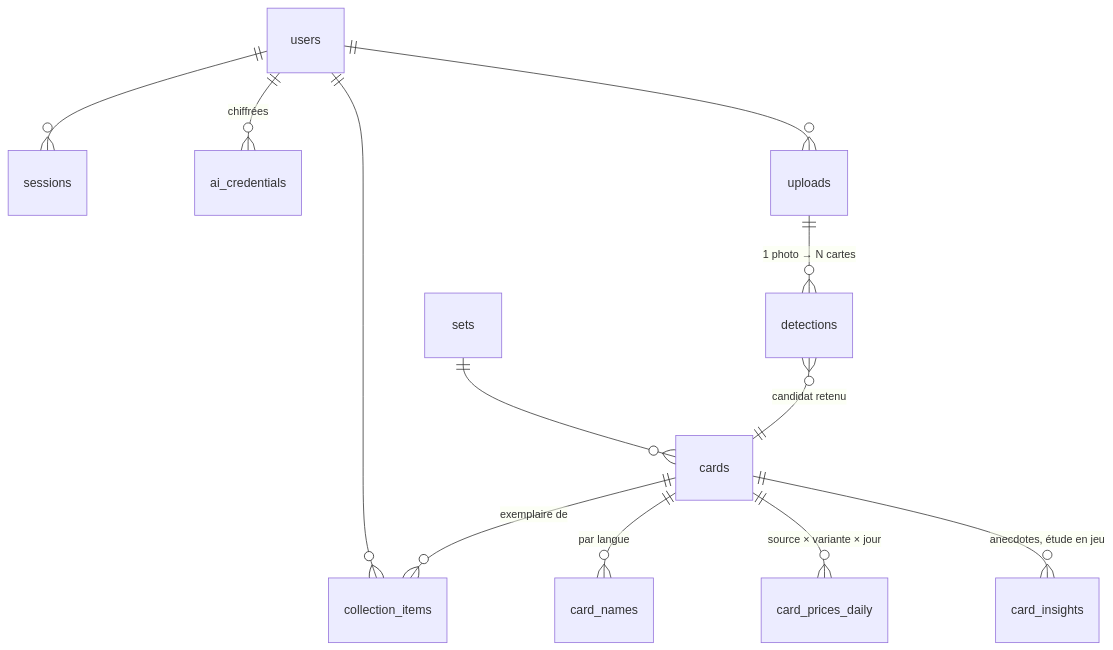
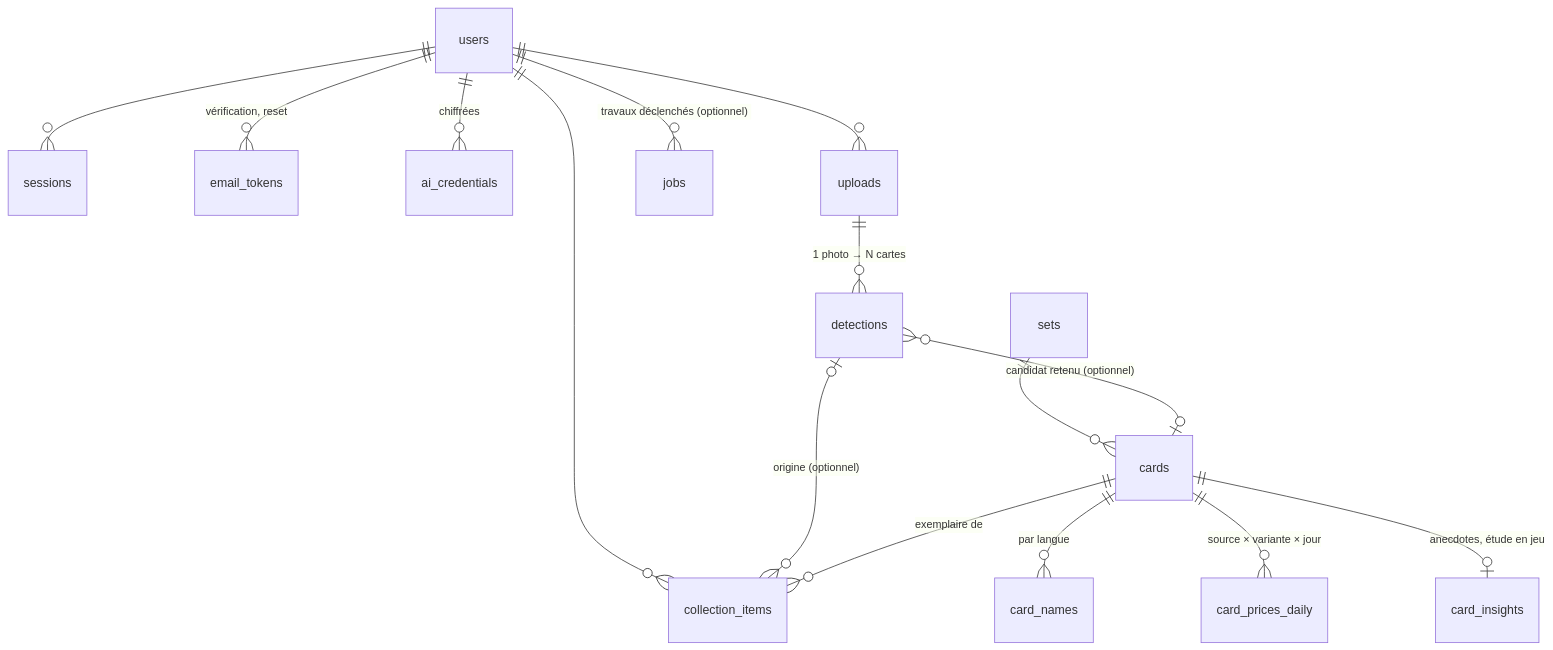
One commit to keewoo/PokeBoyManager changed the second of 2 diagrams in docs/ARCHITECTURE.md. Above: the diagram before and after it, drawn with Mermaid. The commit also changed other lines of this file and 20 other files, not shown here.

First line of the commit message:
v0-schema: modèle de données PostgreSQL v1 et migration Alembic initiale

````diff
--- a/docs/ARCHITECTURE.md
+++ b/docs/ARCHITECTURE.md
@@ -32,14 +32,17 @@
 ```mermaid
 erDiagram
   users ||--o{ sessions : ""
+  users ||--o{ email_tokens : "vérification, reset"
   users ||--o{ ai_credentials : "chiffrées"
   users ||--o{ uploads : ""
+  users ||--o{ collection_items : ""
+  users ||--o{ jobs : "travaux déclenchés (optionnel)"
   uploads ||--o{ detections : "1 photo → N cartes"
-  users ||--o{ collection_items : ""
+  detections |o--o{ collection_items : "origine (optionnel)"
   cards ||--o{ collection_items : "exemplaire de"
   sets ||--o{ cards : ""
   cards ||--o{ card_names : "par langue"
   cards ||--o{ card_prices_daily : "source × variante × jour"
-  cards ||--o{ card_insights : "anecdotes, étude en jeu"
-  detections }o--|| cards : "candidat retenu"
+  cards ||--o| card_insights : "anecdotes, étude en jeu"
+  detections }o--o| cards : "candidat retenu (optionnel)"
 ```
````
